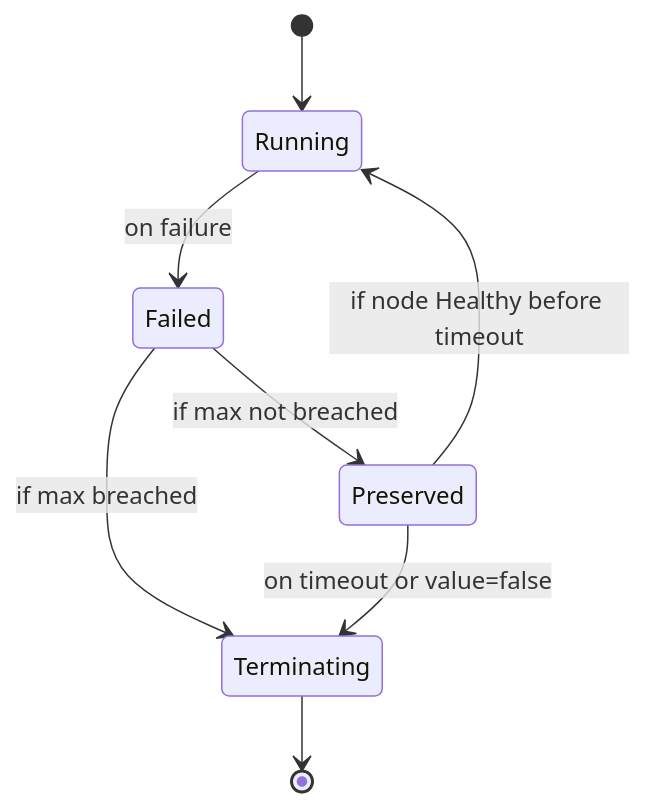
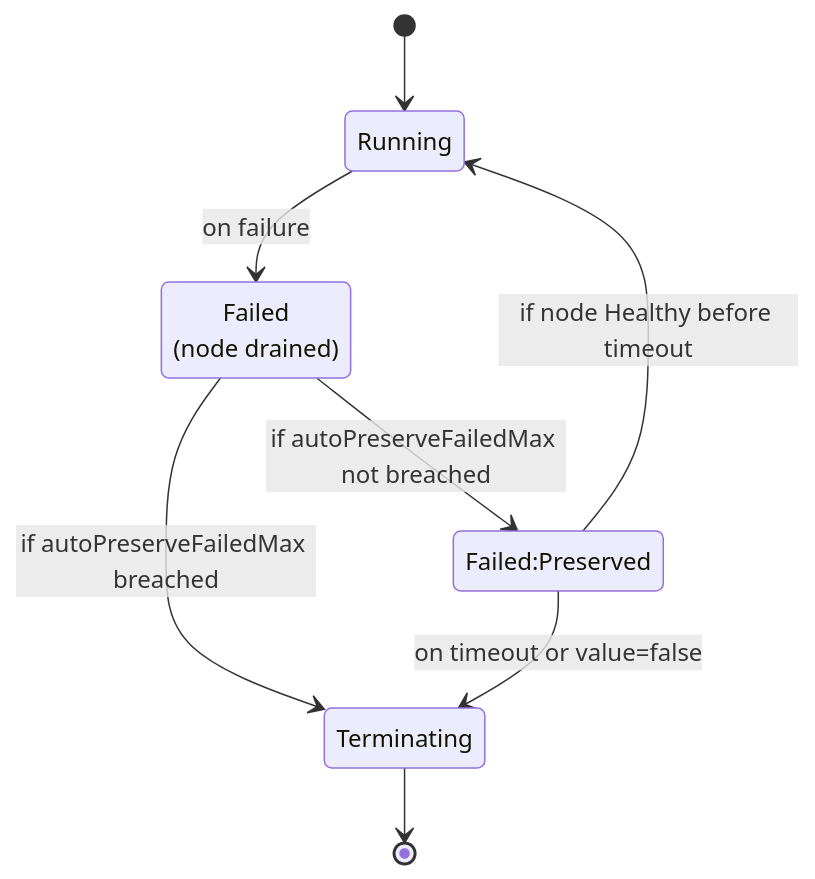
Before and after one commit to gardener/machine-controller-manager: the second of 2 diagrams in docs/proposals/machine-preservation.md, drawn with Mermaid. The commit also changed other lines of this file, not shown here.

````diff
--- a/docs/proposals/machine-preservation.md
+++ b/docs/proposals/machine-preservation.md
@@ -100,15 +76,16 @@
 ```mermaid
 stateDiagram-v2
 direction TBP
     state "Running" as R
-    state "Failed" as F
-    state "Preserved" as P
+    state "Failed
+    (node drained)" as F
+    state "Failed:Preserved" as FP
     state "Terminating" as T
     [*] --> R
     R-->F: on failure
-    F --> P: if max not breached
-    F --> T: if max breached
-    P --> T: on timeout or value=false
-    P --> R : if node Healthy before timeout
+    F --> FP: if autoPreserveFailedMax not breached
+    F --> T: if autoPreserveFailedMax breached
+    FP --> T: on timeout or value=false
+    FP --> R : if node Healthy before timeout
     T --> [*]
 ```
````
